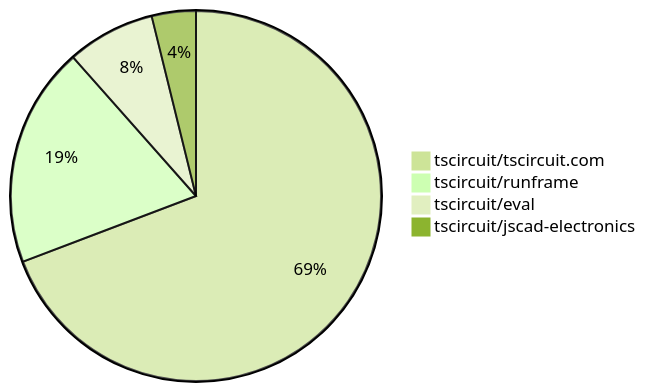
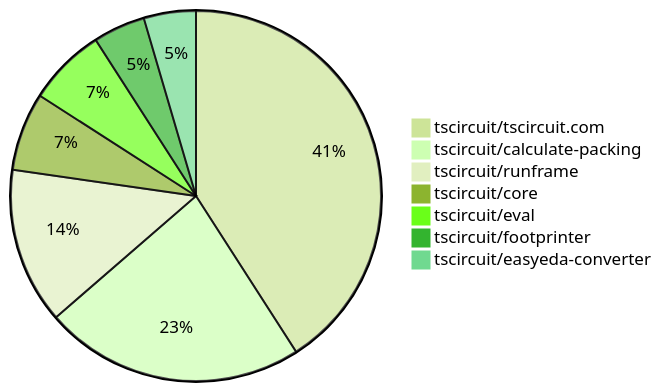
Before and after one commit to tscircuit/contribution-tracker: the second of 2 diagrams in README.md, drawn with Mermaid (forest theme). The commit also changed other lines of this file and 3 other files, not shown here.

````diff
--- a/README.md
+++ b/README.md
@@ -71,7 +81,10 @@
 ```mermaid
 pie
     "tscircuit/tscircuit.com" : 18
-    "tscircuit/runframe" : 5
-    "tscircuit/eval" : 2
-    "tscircuit/jscad-electronics" : 1
+    "tscircuit/calculate-packing" : 10
+    "tscircuit/runframe" : 6
+    "tscircuit/core" : 3
+    "tscircuit/eval" : 3
+    "tscircuit/footprinter" : 2
+    "tscircuit/easyeda-converter" : 2
 ```
````
